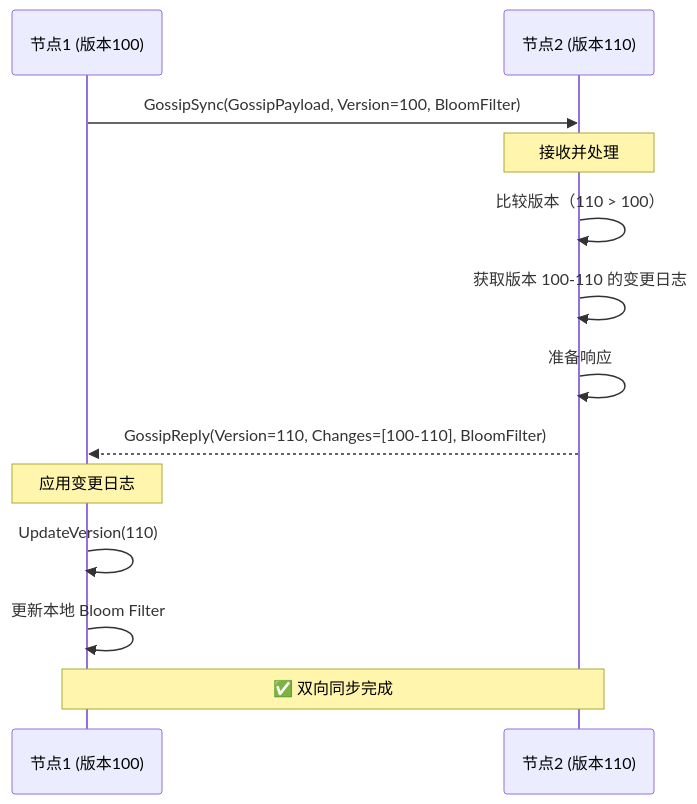
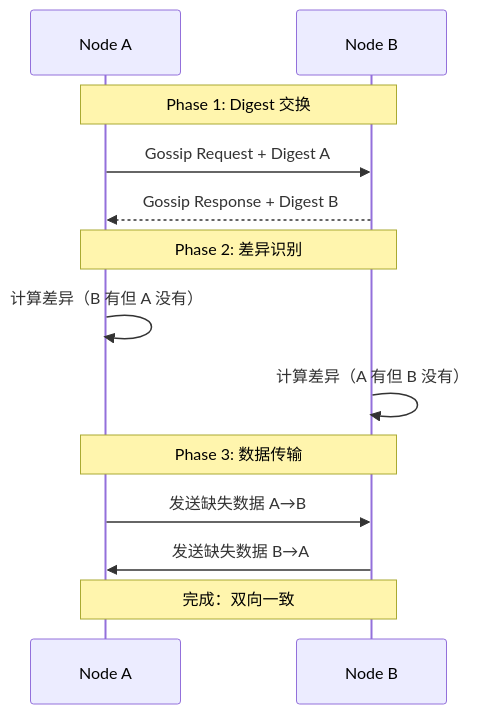
One commit to jzhang405/NexKV changed the third of 4 diagrams in docs/07_spike/node-sync-optimization.md. Above: the diagram before and after it, drawn with Mermaid. The commit also changed other lines of this file and 2 other files, not shown here.

````diff
--- a/docs/07_spike/node-sync-optimization.md
+++ b/docs/07_spike/node-sync-optimization.md
@@ -452,21 +232,19 @@
 ```mermaid
 sequenceDiagram
-    participant N1 as 节点1 (版本100)
-    participant N2 as 节点2 (版本110)
+    participant A as Node A
+    participant B as Node B
 
-    N1->>N2: GossipSync(GossipPayload, Version=100, BloomFilter)
+    Note over A,B: Phase 1: Digest 交换
+    A->>B: Gossip Request + Digest A
+    B-->>A: Gossip Response + Digest B
 
-    Note over N2: 接收并处理
+    Note over A,B: Phase 2: 差异识别
+    A->>A: 计算差异（B 有但 A 没有）
+    B->>B: 计算差异（A 有但 B 没有）
 
-    N2->>N2: 比较版本（110 > 100）
-    N2->>N2: 获取版本 100-110 的变更日志
-    N2->>N2: 准备响应
+    Note over A,B: Phase 3: 数据传输
+    A->>B: 发送缺失数据 A→B
+    B->>A: 发送缺失数据 B→A
 
-    N2-->>N1: GossipReply(Version=110, Changes=[100-110], BloomFilter)
-
-    Note over N1: 应用变更日志
-    N1->>N1: UpdateVersion(110)
-    N1->>N1: 更新本地 Bloom Filter
-
-    Note over N1,N2: ✅ 双向同步完成
+    Note over A,B: 完成：双向一致
 ```
````
